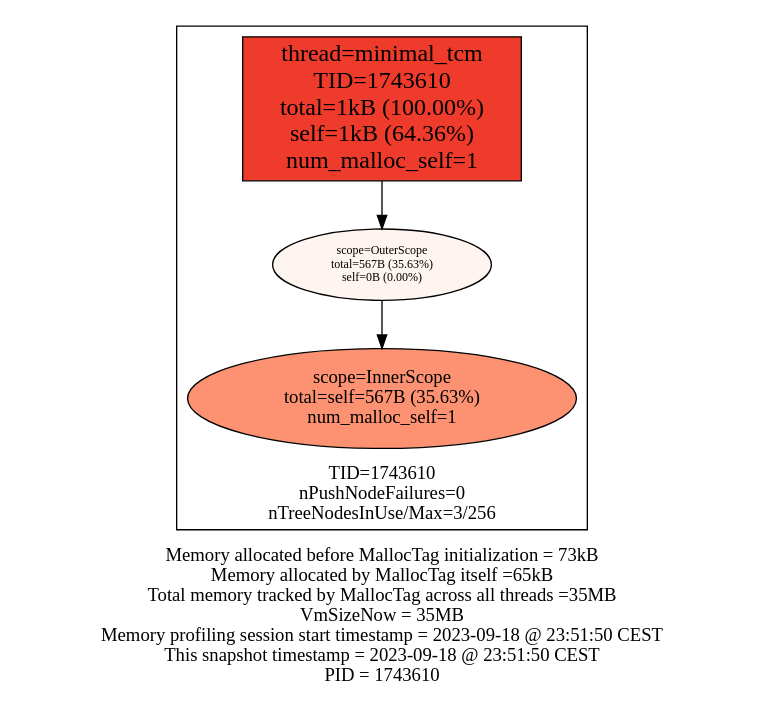
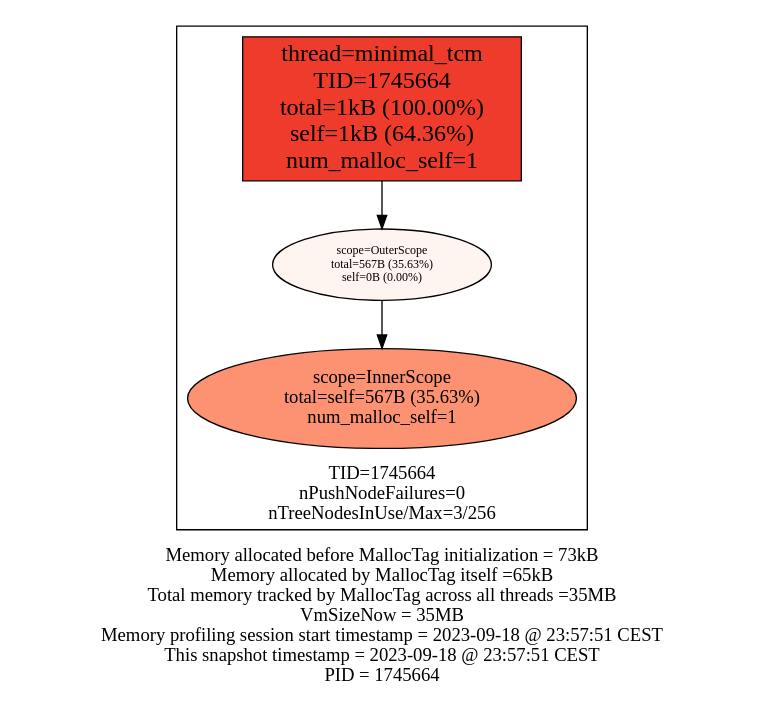
The diagram in examples/minimal/minimal_stats.dot (f18m/malloc-tag), drawn with Graphviz before and after one commit. The commit also changed 5 other files, not shown here.

```diff
--- a/examples/minimal/minimal_stats.dot
+++ b/examples/minimal/minimal_stats.dot
@@ -1,16 +1,16 @@
 digraph MallocTree {
  node [colorscheme=reds9 style=filled]
- subgraph cluster_TID1743610 {
+ subgraph cluster_TID1745664 {
   node [colorscheme=reds9 style=filled]
   labelloc="b"
-  label="TID=1743610\nnPushNodeFailures=0\nnTreeNodesInUse/Max=3/256\n"
-  "1743610_minimal_tcm" [label="thread=minimal_tcm\nTID=1743610\ntotal=1kB (100.00%)\nself=1kB (64.36%)\nnum_malloc_self=1" shape=box fillcolor=6 fontsize=18]
-  "1743610_minimal_tcm" -> "1743610_OuterScope"
-  "1743610_OuterScope" [label="scope=OuterScope\ntotal=567B (35.63%)\nself=0B (0.00%)" fillcolor=1 fontsize=9]
-  "1743610_OuterScope" -> "1743610_InnerScope"
-  "1743610_InnerScope" [label="scope=InnerScope\ntotal=self=567B (35.63%)\nnum_malloc_self=1" fillcolor=4 fontsize=14]
+  label="TID=1745664\nnPushNodeFailures=0\nnTreeNodesInUse/Max=3/256\n"
+  "1745664_minimal_tcm" [label="thread=minimal_tcm\nTID=1745664\ntotal=1kB (100.00%)\nself=1kB (64.36%)\nnum_malloc_self=1" shape=box fillcolor=6 fontsize=18]
+  "1745664_minimal_tcm" -> "1745664_OuterScope"
+  "1745664_OuterScope" [label="scope=OuterScope\ntotal=567B (35.63%)\nself=0B (0.00%)" fillcolor=1 fontsize=9]
+  "1745664_OuterScope" -> "1745664_InnerScope"
+  "1745664_InnerScope" [label="scope=InnerScope\ntotal=self=567B (35.63%)\nnum_malloc_self=1" fillcolor=4 fontsize=14]
  }
 
  labelloc="b"
- label="Memory allocated before MallocTag initialization = 73kB\nMemory allocated by MallocTag itself =65kB\nTotal memory tracked by MallocTag across all threads =35MB\nVmSizeNow = 35MB\nMemory profiling session start timestamp = 2023-09-18 @ 23:51:50 CEST\nThis snapshot timestamp = 2023-09-18 @ 23:51:50 CEST\nPID = 1743610\n"
+ label="Memory allocated before MallocTag initialization = 73kB\nMemory allocated by MallocTag itself =65kB\nTotal memory tracked by MallocTag across all threads =35MB\nVmSizeNow = 35MB\nMemory profiling session start timestamp = 2023-09-18 @ 23:57:51 CEST\nThis snapshot timestamp = 2023-09-18 @ 23:57:51 CEST\nPID = 1745664\n"
 }
```
